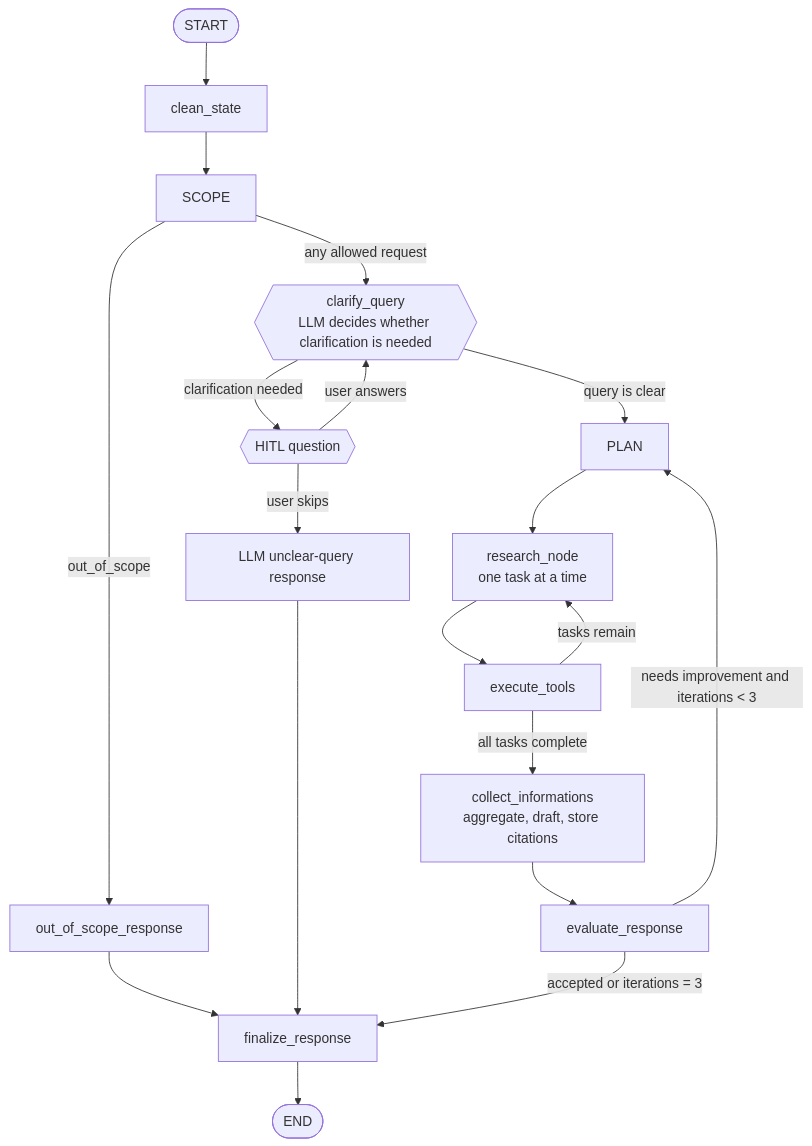
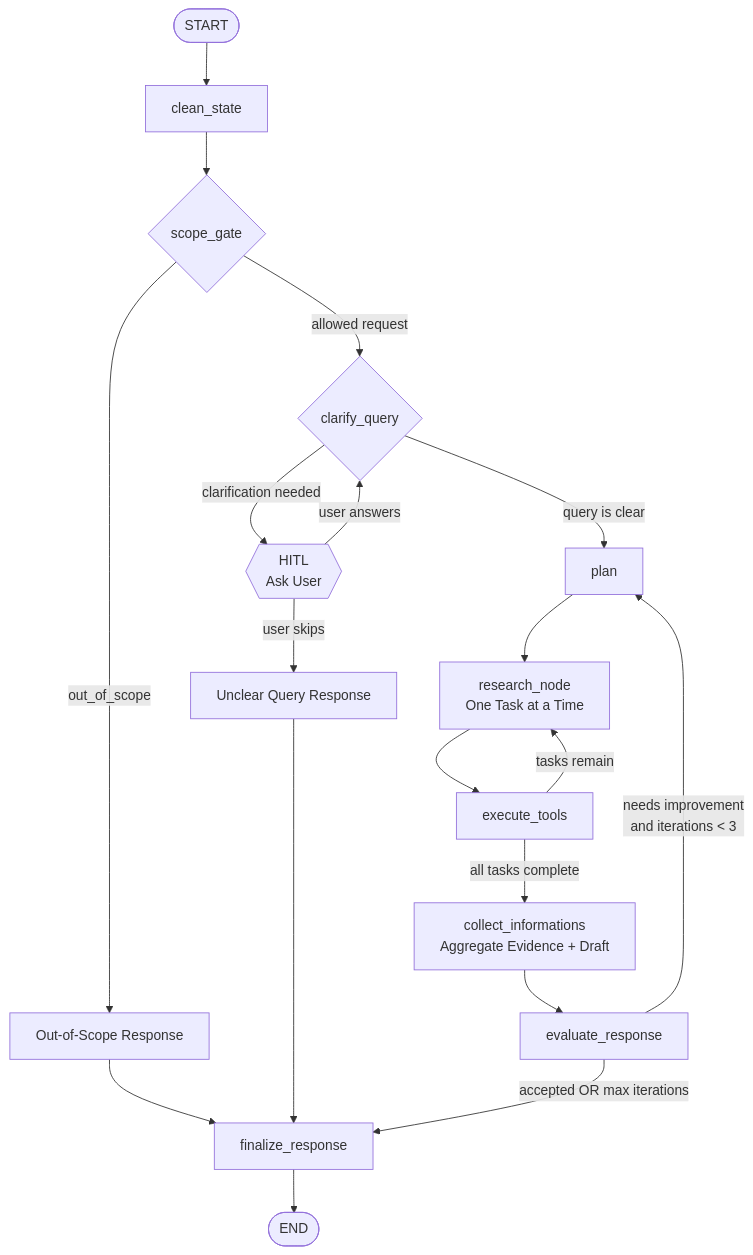
The second of 6 diagrams in README.md (anirban2005143a/research_agent), drawn with Mermaid before and after one commit. The commit also changed other lines of this file, not shown here.

````diff
--- a/README.md
+++ b/README.md
@@ -401,26 +483,74 @@
 ```mermaid
 flowchart TD
-    START([START]) --> CLEAN[clean_state]
 
-    SCOPE -->|out_of_scope| OUT_OF_SCOPE[out_of_scope_response]
-    SCOPE -->|any allowed request| CLARIFY{{clarify_query<br/>LLM decides whether clarification is needed}}
+    START([START])
 
-    OUT_OF_SCOPE --> FINALIZE[finalize_response]
-    CLARIFY -->|query is clear| PLAN
-    CLARIFY -->|clarification needed| HITL{{HITL question}}
-    HITL -->|user answers| CLARIFY
-    HITL -->|user skips| UNCLEAR[LLM unclear-query response]
-    UNCLEAR --> FINALIZE
-    FINALIZE --> END([END])
+    CLEAN[clean_state]
 
-    PLAN --> AGENT[research_node<br/>one task at a time]
-    AGENT --> TOOLS[execute_tools]
-    TOOLS -->|tasks remain| AGENT
-    TOOLS -->|all tasks complete| COLLECT[collect_informations<br/>aggregate, draft, store citations]
+    SCOPE{scope_gate}
 
-    COLLECT --> EVALUATE[evaluate_response]
-    EVALUATE -->|needs improvement and iterations < 3| PLAN
-    EVALUATE -->|accepted or iterations = 3| FINALIZE
+    OUT[Out-of-Scope Response]
+
+    CLARIFY{clarify_query}
+
+    HITL{{HITL<br/>Ask User}}
+
+    UNCLEAR[Unclear Query Response]
+
+    PLAN[plan]
+
+    RESEARCH[research_node<br/>One Task at a Time]
+
+    TOOLS[execute_tools]
+
+    COLLECT[collect_informations<br/>Aggregate Evidence + Draft]
+
+    EVALUATE[evaluate_response]
+
+    FINALIZE[finalize_response]
+
+    END([END])
+
+
+    START --> CLEAN
 
     CLEAN --> SCOPE
+
+
+    SCOPE -->|out_of_scope| OUT
+
+    SCOPE -->|allowed request| CLARIFY
+
+
+    OUT --> FINALIZE
+
+
+    CLARIFY -->|query is clear| PLAN
+
+    CLARIFY -->|clarification needed| HITL
+
+    HITL -->|user answers| CLARIFY
+
+    HITL -->|user skips| UNCLEAR
+
+    UNCLEAR --> FINALIZE
+
+
+    PLAN --> RESEARCH
+
+    RESEARCH --> TOOLS
+
+    TOOLS -->|tasks remain| RESEARCH
+
+    TOOLS -->|all tasks complete| COLLECT
+
+
+    COLLECT --> EVALUATE
+
+    EVALUATE -->|needs improvement<br/>and iterations < 3| PLAN
+
+    EVALUATE -->|accepted OR max iterations| FINALIZE
+
+
+    FINALIZE --> END
 ```
````
